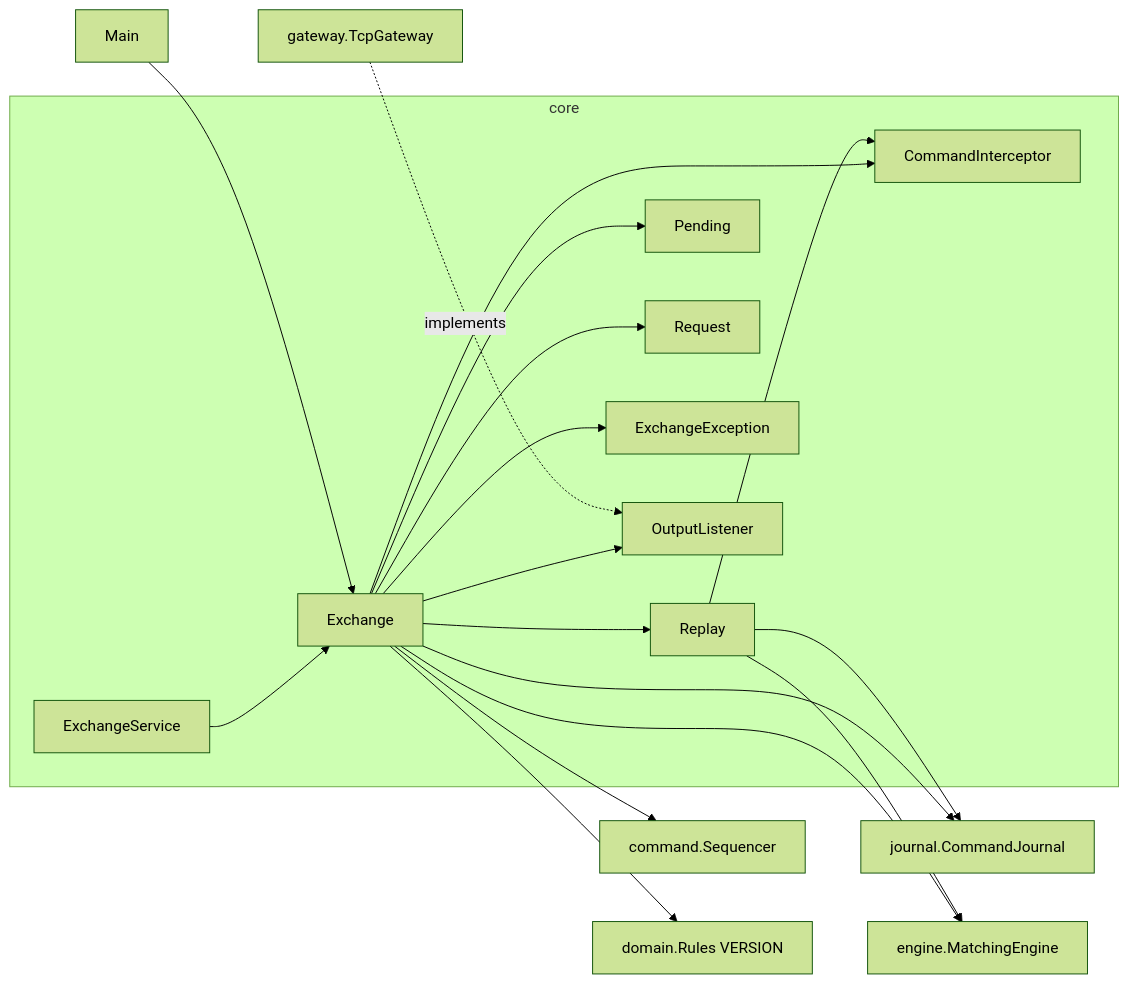
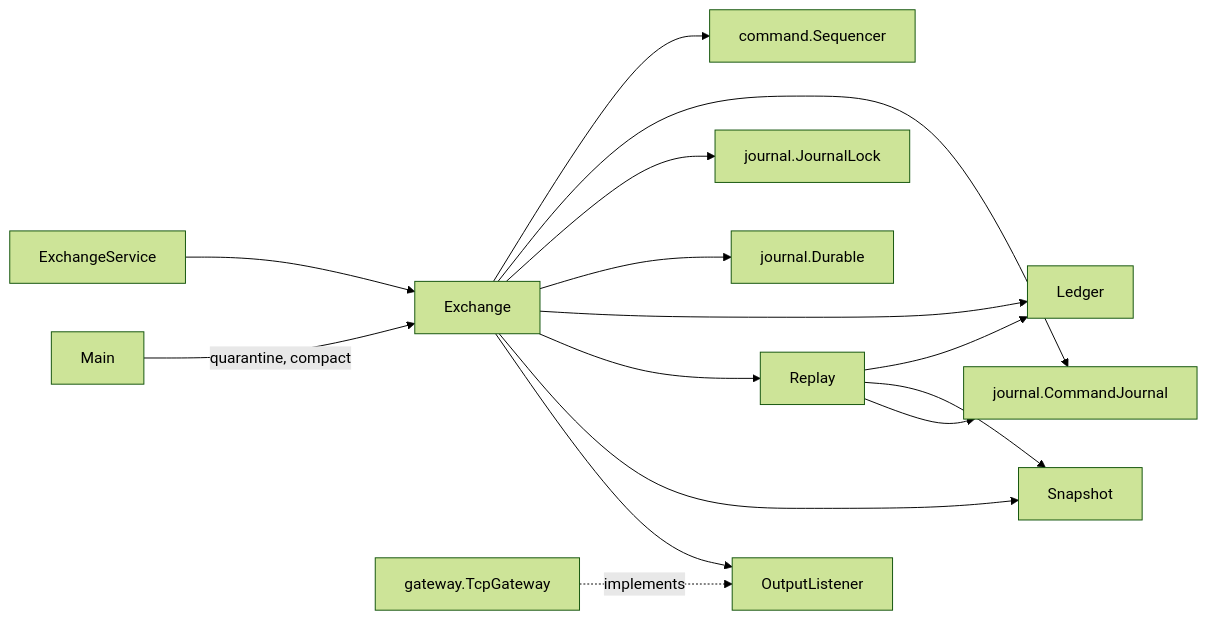
The first of 2 diagrams in docs/understanding/07-modules/exchange-and-replay.md (SampannaNampalli/ExchangeSystem), drawn with Mermaid (forest theme) before and after one commit. The commit also changed other lines of this file and 30 other files, not shown here.

````diff
--- a/docs/understanding/07-modules/exchange-and-replay.md
+++ b/docs/understanding/07-modules/exchange-and-replay.md
@@ -90,21 +32,17 @@
 ```mermaid
 flowchart LR
-    subgraph core
-        ES[ExchangeService] --> EX[Exchange]
-        EX --> RP[Replay]
-        EX --> PE[Pending]
-        EX --> RQ[Request]
-        EX --> CI[CommandInterceptor]
-        EX --> EE[ExchangeException]
-        EX --> OL[OutputListener]
-        RP --> CI
-    end
-    EX --> SEQ[command.Sequencer]
-    EX --> CJ[journal.CommandJournal]
-    EX --> ME[engine.MatchingEngine]
-    EX --> RU[domain.Rules VERSION]
-    RP --> CJ
-    RP --> ME
-    GW[gateway.TcpGateway] -. implements .-> OL
-    MAIN[Main] --> EX
+    ExchangeService --> Exchange
+    Main -->|"quarantine, compact"| Exchange
+    Exchange --> Sequencer["command.Sequencer"]
+    Exchange --> CommandJournal["journal.CommandJournal"]
+    Exchange --> JournalLock["journal.JournalLock"]
+    Exchange --> Durable["journal.Durable"]
+    Exchange --> Ledger
+    Exchange --> Replay
+    Exchange --> Snapshot
+    Replay --> Ledger
+    Replay --> Snapshot
+    Replay --> CommandJournal
+    Exchange --> OutputListener
+    TcpGateway["gateway.TcpGateway"] -. implements .-> OutputListener
 ```
````
